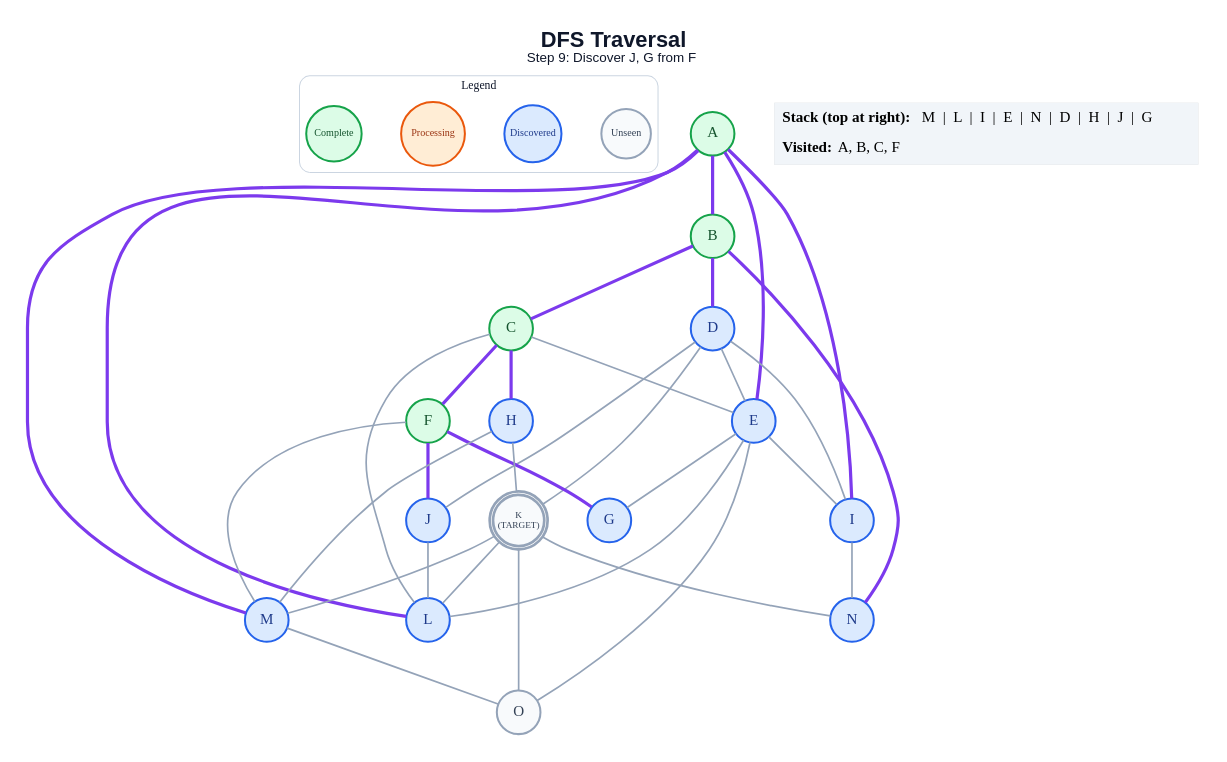
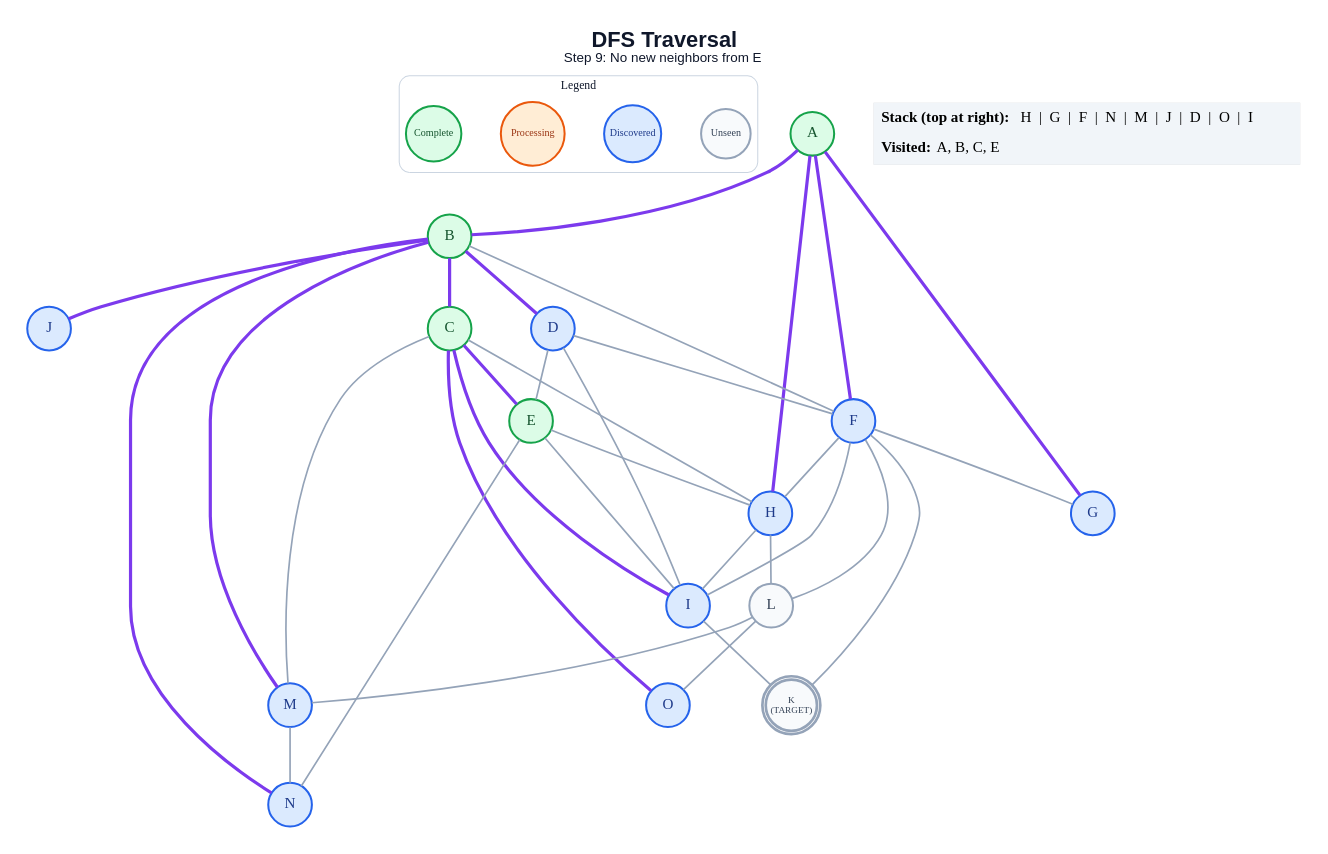
One commit to anon7238593-create/ai-slop changed the diagram in generated/specific-node/dfs/step_09.dot. Above: the diagram before and after it, drawn with Graphviz. The commit also changed 257 other files, not shown here.

```diff
--- a/generated/specific-node/dfs/step_09.dot
+++ b/generated/specific-node/dfs/step_09.dot
@@ -1,66 +1,66 @@
 graph traversal {
   graph [layout=dot, rankdir=TB, bgcolor="#FFFFFF", pad="0.35", nodesep="0.65", ranksep="0.8", fontname="Arial"];
   node [shape=circle, style="filled", fontname="Arial Bold", fontsize=18, width=0.72, fixedsize=true, penwidth=2.4];
   edge [color="#94A3B8", penwidth=2.0];
-  label=<<B>DFS Traversal</B><BR/><FONT POINT-SIZE="16">Step 9: Discover J, G from F</FONT>>; labelloc="t"; fontsize=26; fontname="Arial"; fontcolor="#0F172A";
+  label=<<B>DFS Traversal</B><BR/><FONT POINT-SIZE="16">Step 9: No new neighbors from E</FONT>>; labelloc="t"; fontsize=26; fontname="Arial"; fontcolor="#0F172A";
   subgraph cluster_legend { label="Legend"; color="#CBD5E1"; penwidth=1.2; style="rounded"; fontsize=14; fontname="Arial Bold";
     key_unseen [label="Unseen", fillcolor="#F8FAFC", color="#94A3B8", fontcolor="#334155", fontsize=12, width=0.82];
     key_frontier [label="Discovered", fillcolor="#DBEAFE", color="#2563EB", fontcolor="#1E3A8A", fontsize=12, width=0.95];
     key_current [label="Processing", fillcolor="#FFEDD5", color="#EA580C", fontcolor="#9A3412", fontsize=12, width=1.05];
     key_done [label="Complete", fillcolor="#DCFCE7", color="#16A34A", fontcolor="#14532D", fontsize=12, width=0.92];
     { rank=same; key_unseen; key_frontier; key_current; key_done; }
   }
   A [label="A", fillcolor="#DCFCE7", color="#16A34A", fontcolor="#14532D", peripheries=1, penwidth=2.4];
   B [label="B", fillcolor="#DCFCE7", color="#16A34A", fontcolor="#14532D", peripheries=1, penwidth=2.4];
   C [label="C", fillcolor="#DCFCE7", color="#16A34A", fontcolor="#14532D", peripheries=1, penwidth=2.4];
   D [label="D", fillcolor="#DBEAFE", color="#2563EB", fontcolor="#1E3A8A", peripheries=1, penwidth=2.4];
-  E [label="E", fillcolor="#DBEAFE", color="#2563EB", fontcolor="#1E3A8A", peripheries=1, penwidth=2.4];
-  F [label="F", fillcolor="#DCFCE7", color="#16A34A", fontcolor="#14532D", peripheries=1, penwidth=2.4];
+  E [label="E", fillcolor="#DCFCE7", color="#16A34A", fontcolor="#14532D", peripheries=1, penwidth=2.4];
+  F [label="F", fillcolor="#DBEAFE", color="#2563EB", fontcolor="#1E3A8A", peripheries=1, penwidth=2.4];
   G [label="G", fillcolor="#DBEAFE", color="#2563EB", fontcolor="#1E3A8A", peripheries=1, penwidth=2.4];
   H [label="H", fillcolor="#DBEAFE", color="#2563EB", fontcolor="#1E3A8A", peripheries=1, penwidth=2.4];
   I [label="I", fillcolor="#DBEAFE", color="#2563EB", fontcolor="#1E3A8A", peripheries=1, penwidth=2.4];
   J [label="J", fillcolor="#DBEAFE", color="#2563EB", fontcolor="#1E3A8A", peripheries=1, penwidth=2.4];
   K [label="K\n(TARGET)", fillcolor="#F8FAFC", color="#94A3B8", fontcolor="#334155", peripheries=2, penwidth=3.2, fontsize=11, width=0.85, height=0.85];
-  L [label="L", fillcolor="#DBEAFE", color="#2563EB", fontcolor="#1E3A8A", peripheries=1, penwidth=2.4];
+  L [label="L", fillcolor="#F8FAFC", color="#94A3B8", fontcolor="#334155", peripheries=1, penwidth=2.4];
   M [label="M", fillcolor="#DBEAFE", color="#2563EB", fontcolor="#1E3A8A", peripheries=1, penwidth=2.4];
   N [label="N", fillcolor="#DBEAFE", color="#2563EB", fontcolor="#1E3A8A", peripheries=1, penwidth=2.4];
-  O [label="O", fillcolor="#F8FAFC", color="#94A3B8", fontcolor="#334155", peripheries=1, penwidth=2.4];
+  O [label="O", fillcolor="#DBEAFE", color="#2563EB", fontcolor="#1E3A8A", peripheries=1, penwidth=2.4];
   A -- B [color="#7C3AED", penwidth=3.8];
-  A -- E [color="#7C3AED", penwidth=3.8];
-  A -- I [color="#7C3AED", penwidth=3.8];
-  A -- L [color="#7C3AED", penwidth=3.8];
-  A -- M [color="#7C3AED", penwidth=3.8];
+  A -- F [color="#7C3AED", penwidth=3.8];
+  A -- G [color="#7C3AED", penwidth=3.8];
+  A -- H [color="#7C3AED", penwidth=3.8];
   B -- C [color="#7C3AED", penwidth=3.8];
   B -- D [color="#7C3AED", penwidth=3.8];
+  B -- F;
+  B -- J [color="#7C3AED", penwidth=3.8];
+  B -- M [color="#7C3AED", penwidth=3.8];
   B -- N [color="#7C3AED", penwidth=3.8];
-  C -- E;
-  C -- F [color="#7C3AED", penwidth=3.8];
-  C -- H [color="#7C3AED", penwidth=3.8];
-  C -- L;
+  C -- E [color="#7C3AED", penwidth=3.8];
+  C -- H;
+  C -- I [color="#7C3AED", penwidth=3.8];
+  C -- M;
+  C -- O [color="#7C3AED", penwidth=3.8];
   D -- E;
+  D -- F;
   D -- I;
-  D -- J;
-  D -- K;
-  E -- G;
+  E -- H;
   E -- I;
-  E -- L;
-  E -- O;
-  F -- G [color="#7C3AED", penwidth=3.8];
-  F -- J [color="#7C3AED", penwidth=3.8];
-  F -- M;
-  H -- K;
-  H -- M;
-  I -- N;
-  J -- L;
-  K -- L;
-  K -- M;
-  K -- N;
-  K -- O;
-  M -- O;
+  E -- N;
+  F -- G;
+  F -- H;
+  F -- I;
+  F -- K;
+  F -- L;
+  H -- I;
+  H -- L;
+  I -- K;
+  L -- M;
+  L -- O;
+  M -- N;
   status [shape=plain, fixedsize=false, width=0, height=0, margin=0, label=<
     <TABLE BORDER="0" CELLBORDER="0" CELLPADDING="7" BGCOLOR="#F1F5F9">
-      <TR><TD ALIGN="LEFT"><B>Stack (top at right):</B> M  |  L  |  I  |  E  |  N  |  D  |  H  |  J  |  G</TD></TR>
-      <TR><TD ALIGN="LEFT"><B>Visited:</B> A, B, C, F</TD></TR>
+      <TR><TD ALIGN="LEFT"><B>Stack (top at right):</B> H  |  G  |  F  |  N  |  M  |  J  |  D  |  O  |  I</TD></TR>
+      <TR><TD ALIGN="LEFT"><B>Visited:</B> A, B, C, E</TD></TR>
     </TABLE>
   >];
 }
```
